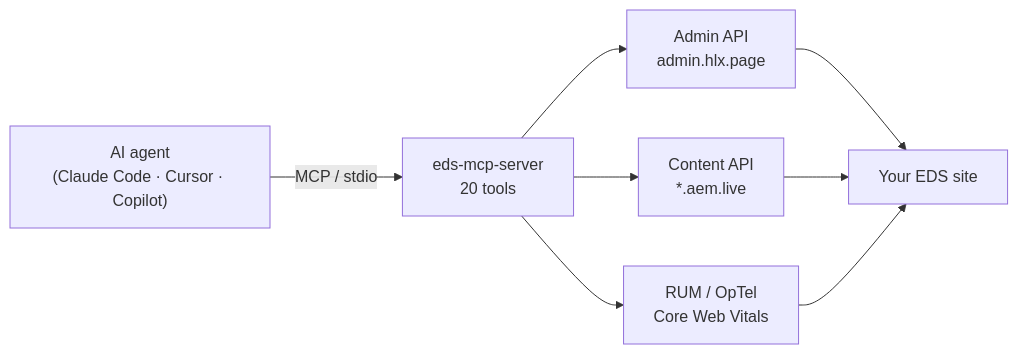
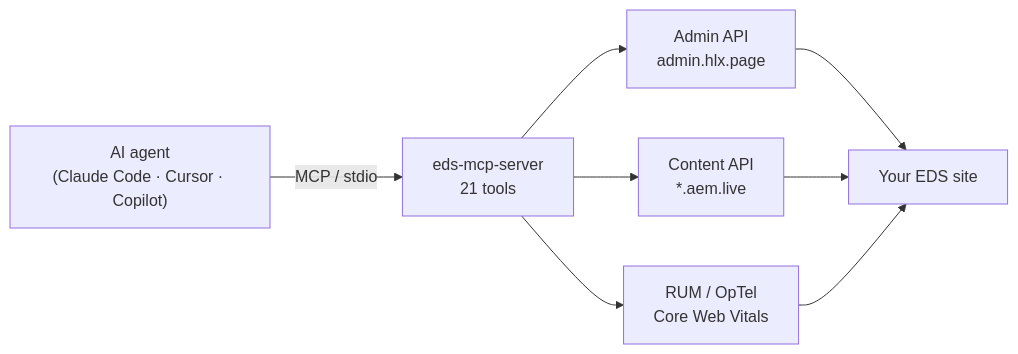
Before and after one commit to Focus-GTS/eds-mcp-server: the first of 2 diagrams in README.md, drawn with Mermaid. The commit also changed other lines of this file and 9 other files, not shown here.

````diff
--- a/README.md
+++ b/README.md
@@ -40,10 +40,10 @@
 ```mermaid
 flowchart LR
-  A["AI agent<br/>(Claude Code · Cursor · Copilot)"] -- MCP / stdio --> B["eds-mcp-server<br/>20 tools"]
+  A["AI agent<br/>(Claude Code · Cursor · Copilot)"] -- MCP / stdio --> B["eds-mcp-server<br/>21 tools"]
   B --> C["Admin API<br/>admin.hlx.page"]
   B --> D["Content API<br/>*.aem.live"]
   B --> E["RUM / OpTel<br/>Core Web Vitals"]
   C --> F["Your EDS site"]
   D --> F
   E --> F
 ```
````
